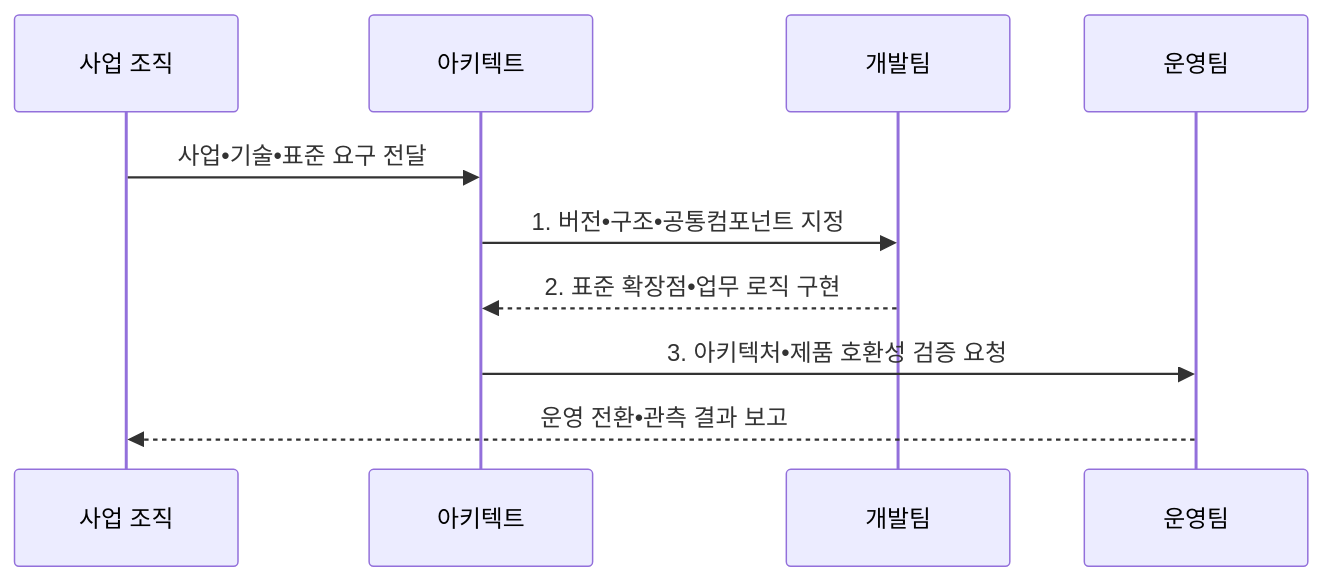
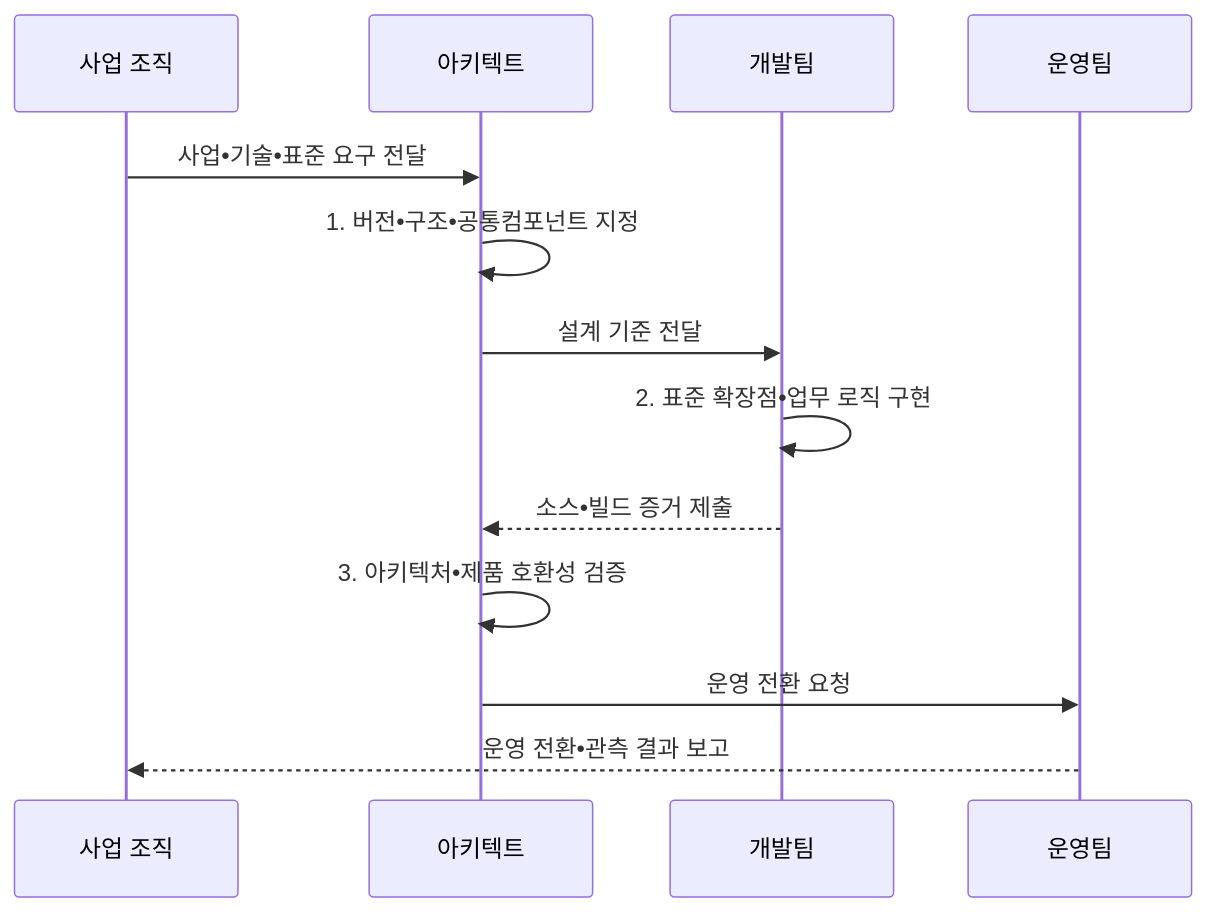
One commit to agnusdei1207/knowledge-base changed the second of 2 diagrams in src/content/docs/notes/07-law-policy/045_egovernment_standard_framework.md. Above: the diagram before and after it, drawn with Mermaid. The commit also changed other lines of this file and 5 other files, not shown here.

````diff
--- a/src/content/docs/notes/07-law-policy/045_egovernment_standard_framework.md
+++ b/src/content/docs/notes/07-law-policy/045_egovernment_standard_framework.md
@@ -98,12 +98,15 @@
 ```mermaid
 sequenceDiagram
     participant O as 사업 조직
     participant A as 아키텍트
     participant D as 개발팀
     participant R as 운영팀
     O->>A: 사업•기술•표준 요구 전달
-    A->>D: 1. 버전•구조•공통컴포넌트 지정
-    D-->>A: 2. 표준 확장점•업무 로직 구현
-    A->>R: 3. 아키텍처•제품 호환성 검증 요청
+    A->>A: 1. 버전•구조•공통컴포넌트 지정
+    A->>D: 설계 기준 전달
+    D->>D: 2. 표준 확장점•업무 로직 구현
+    D-->>A: 소스•빌드 증거 제출
+    A->>A: 3. 아키텍처•제품 호환성 검증
+    A->>R: 운영 전환 요청
     R-->>O: 운영 전환•관측 결과 보고
 ```
````
